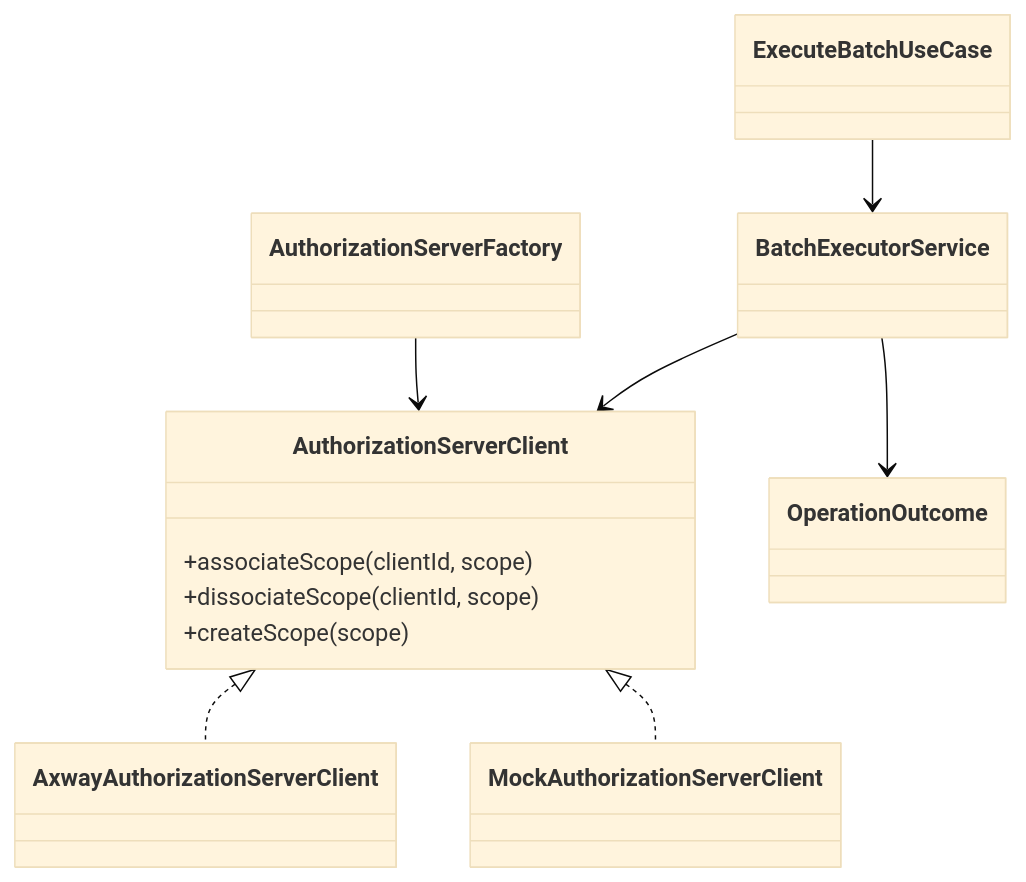
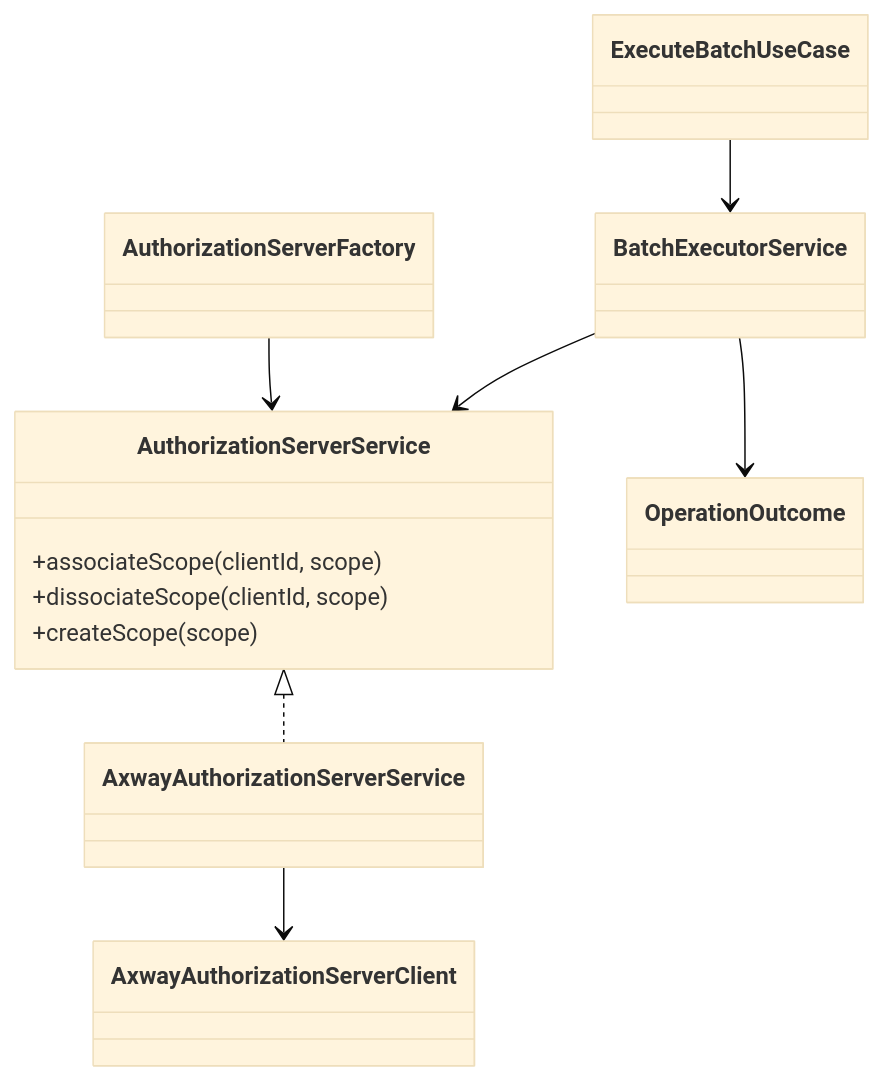
Before and after one commit to alluiz/scope-handler: the second of 2 diagrams in docs/architecture.md, drawn with Mermaid (base theme). The commit also changed other lines of this file and 30 other files, not shown here.

````diff
--- a/docs/architecture.md
+++ b/docs/architecture.md
@@ -20,20 +20,20 @@
 ```mermaid
 classDiagram
-    class AuthorizationServerClient {
+    class AuthorizationServerService {
       +associateScope(clientId, scope)
       +dissociateScope(clientId, scope)
       +createScope(scope)
     }
+    class AxwayAuthorizationServerService
     class AxwayAuthorizationServerClient
-    class MockAuthorizationServerClient
     class AuthorizationServerFactory
     class BatchExecutorService
     class ExecuteBatchUseCase
     class OperationOutcome
-    AuthorizationServerClient <|.. AxwayAuthorizationServerClient
-    AuthorizationServerClient <|.. MockAuthorizationServerClient
-    AuthorizationServerFactory --> AuthorizationServerClient
+    AuthorizationServerService <|.. AxwayAuthorizationServerService
+    AxwayAuthorizationServerService --> AxwayAuthorizationServerClient
+    AuthorizationServerFactory --> AuthorizationServerService
     ExecuteBatchUseCase --> BatchExecutorService
-    BatchExecutorService --> AuthorizationServerClient
+    BatchExecutorService --> AuthorizationServerService
     BatchExecutorService --> OperationOutcome
 ```
````
